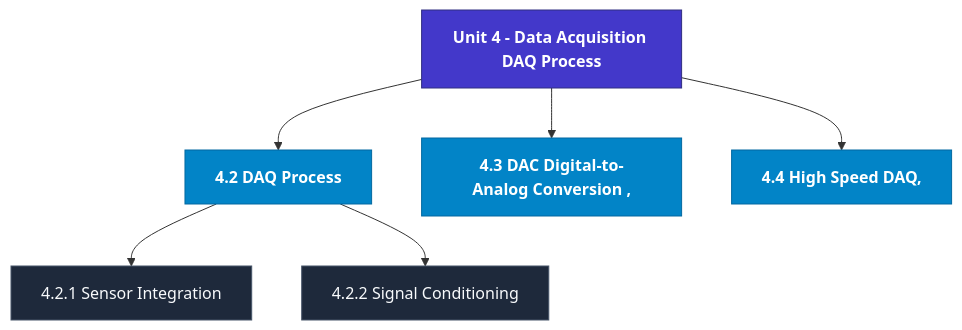
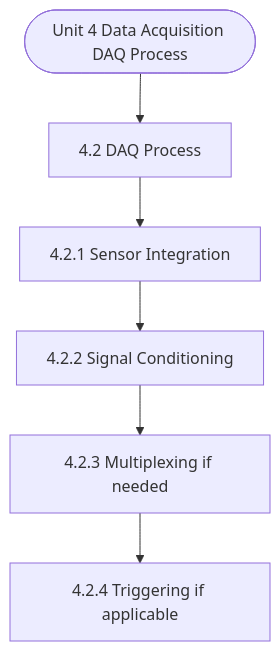
The diagram in notes/Semester_1/MCS-062_Introduction_to_Data_Science/unit_04_Data_Acquisition_(DAQ)_Process.md (Asutosh-Coaching/mscdsa), drawn with Mermaid before and after one commit. The commit also changed other lines of this file and 115 other files, not shown here.

Commit message:
Fix Mermaid layout for mobile, isolate LaTeX delimiters, and add GitHub Pages reader

````diff
--- a/notes/Semester_1/MCS-062_Introduction_to_Data_Science/unit_04_Data_Acquisition_(DAQ)_Process.md
+++ b/notes/Semester_1/MCS-062_Introduction_to_Data_Science/unit_04_Data_Acquisition_(DAQ)_Process.md
@@ -19,19 +19,14 @@
 ```mermaid
 flowchart TD
-  %% Styling Definitions
-  classDef head fill:#4338ca,stroke:#312e81,color:#ffffff,font-weight:bold;
-  classDef topic fill:#0284c7,stroke:#0369a1,color:#ffffff,font-weight:600;
-  classDef sub fill:#1e293b,stroke:#475569,color:#f8fafc;
-
-  Root["Unit 4 - Data Acquisition DAQ Process"]:::head
-  M1["4.2 DAQ Process"]:::topic
-  Root --> M1
-  M1_1["4.2.1 Sensor Integration"]:::sub
-  M1 --> M1_1
-  M1_2["4.2.2 Signal Conditioning"]:::sub
-  M1 --> M1_2
-  M2["4.3 DAC Digital-to-Analog Conversion ,"]:::topic
-  Root --> M2
-  M3["4.4 High Speed DAQ,"]:::topic
-  Root --> M3
+  Start(["Unit 4 Data Acquisition DAQ Process"])
+  N1["4.2 DAQ Process"]
+  N2["4.2.1 Sensor Integration"]
+  N3["4.2.2 Signal Conditioning"]
+  N4["4.2.3 Multiplexing if needed"]
+  N5["4.2.4 Triggering if applicable"]
+  Start --> N1
+  N1 --> N2
+  N2 --> N3
+  N3 --> N4
+  N4 --> N5
 ```
````
